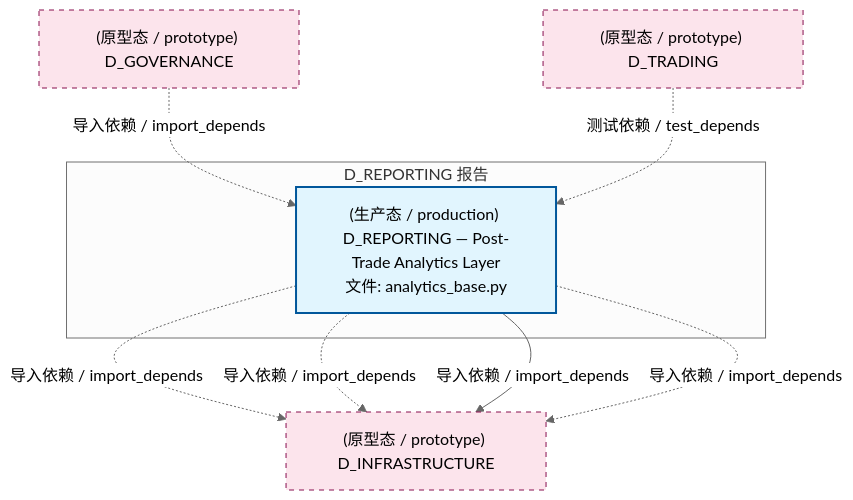
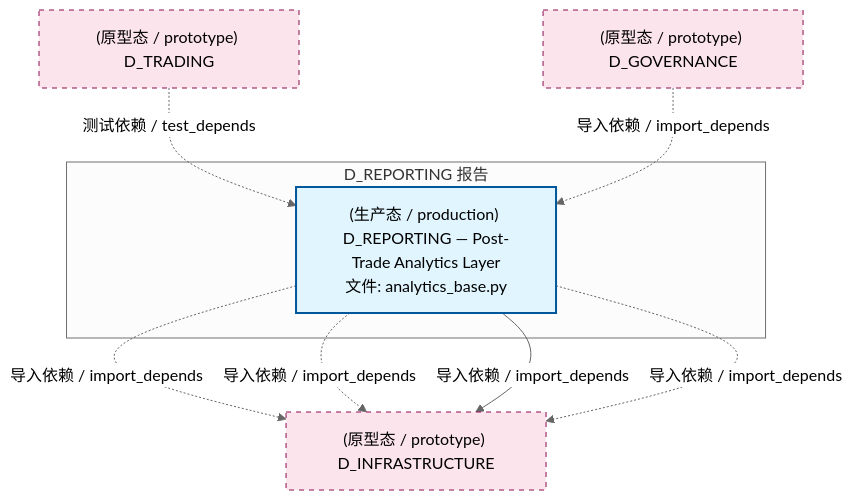
Before and after one commit to xuanFelixVan/ZephyrAlpha: the second of 4 diagrams in docs/02_enterprise_architecture/02_domain_architecture_docs/23_d_reporting.md, drawn with Mermaid (neutral theme). The commit also changed other lines of this file and 126 other files, not shown here.

````diff
--- a/docs/02_enterprise_architecture/02_domain_architecture_docs/23_d_reporting.md
+++ b/docs/02_enterprise_architecture/02_domain_architecture_docs/23_d_reporting.md
@@ -120,21 +120,21 @@
 ```mermaid
 graph TD
     subgraph D_REPORTING["D_REPORTING 报告"]
         src_zephyr_reporting_analytics_base_py["(生产态 / production) D_REPORTING — Post-Trade Analytics Layer<br/>文件: analytics_base.py"]
     end
     D_INFRASTRUCTURE["(原型态 / prototype) D_INFRASTRUCTURE"]
     src_zephyr_reporting_analytics_base_py -.->|导入依赖 / import_depends| D_INFRASTRUCTURE
     src_zephyr_reporting_analytics_base_py -.->|导入依赖 / import_depends| D_INFRASTRUCTURE
     src_zephyr_reporting_analytics_base_py -->|导入依赖 / import_depends| D_INFRASTRUCTURE
     src_zephyr_reporting_analytics_base_py -.->|导入依赖 / import_depends| D_INFRASTRUCTURE
+    D_TRADING["(原型态 / prototype) D_TRADING"]
+    D_TRADING -.->|测试依赖 / test_depends| src_zephyr_reporting_analytics_base_py
     D_GOVERNANCE["(原型态 / prototype) D_GOVERNANCE"]
     D_GOVERNANCE -.->|导入依赖 / import_depends| src_zephyr_reporting_analytics_base_py
-    D_TRADING["(原型态 / prototype) D_TRADING"]
-    D_TRADING -.->|测试依赖 / test_depends| src_zephyr_reporting_analytics_base_py
     classDef production fill:#e1f5fe,stroke:#01579b,stroke-width:2px,color:#000
     classDef design fill:#fff3e0,stroke:#e65100,stroke-width:2px,color:#000,stroke-dasharray: 5 5
     classDef external_prod fill:#e8f5e9,stroke:#1b5e20,stroke-width:1px,color:#000
     classDef external_design fill:#fce4ec,stroke:#880e4f,stroke-width:1px,color:#000,stroke-dasharray: 5 5
     class src_zephyr_reporting_analytics_base_py production
-    class D_INFRASTRUCTURE,D_GOVERNANCE,D_TRADING external_design
+    class D_INFRASTRUCTURE,D_TRADING,D_GOVERNANCE external_design
 ```
````
